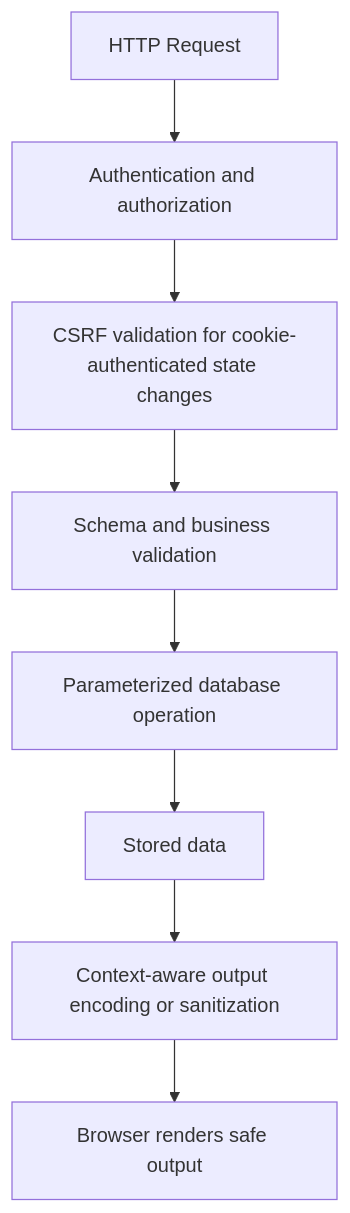
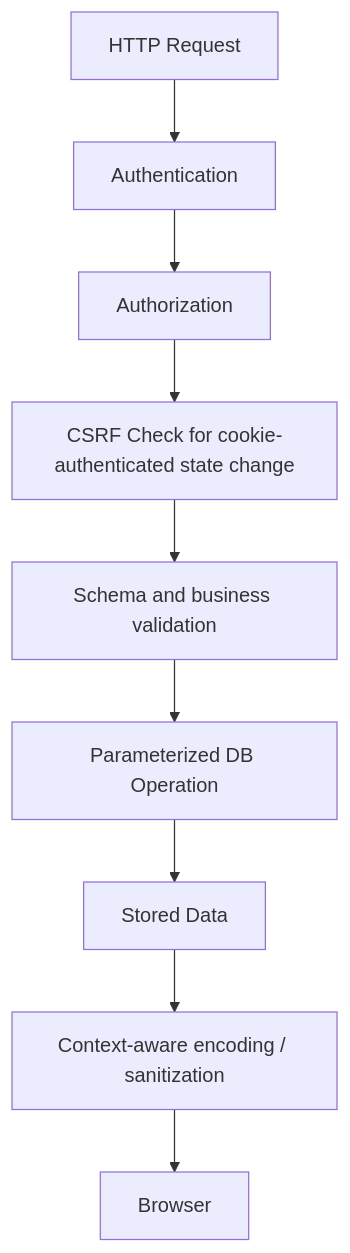
One commit to AvadhBhalodiya/Interview-Preparation changed the sixth of 6 diagrams in src/content/security/sql-injection-xss-csrf.md. Above: the diagram before and after it, drawn with Mermaid. The commit also changed other lines of this file and 54 other files, not shown here.

````diff
--- a/src/content/security/sql-injection-xss-csrf.md
+++ b/src/content/security/sql-injection-xss-csrf.md
@@ -1511,10 +446,11 @@
 ```mermaid
 flowchart TD
-    A[HTTP Request] --> B[Authentication and authorization]
-    B --> C[CSRF validation for cookie-authenticated state changes]
-    C --> D[Schema and business validation]
-    D --> E[Parameterized database operation]
-    E --> F[Stored data]
-    F --> G[Context-aware output encoding or sanitization]
-    G --> H[Browser renders safe output]
+    A[HTTP Request] --> B[Authentication]
+    B --> C[Authorization]
+    C --> D[CSRF Check for cookie-authenticated state change]
+    D --> E[Schema and business validation]
+    E --> F[Parameterized DB Operation]
+    F --> G[Stored Data]
+    G --> H[Context-aware encoding / sanitization]
+    H --> I[Browser]
 ```
````
